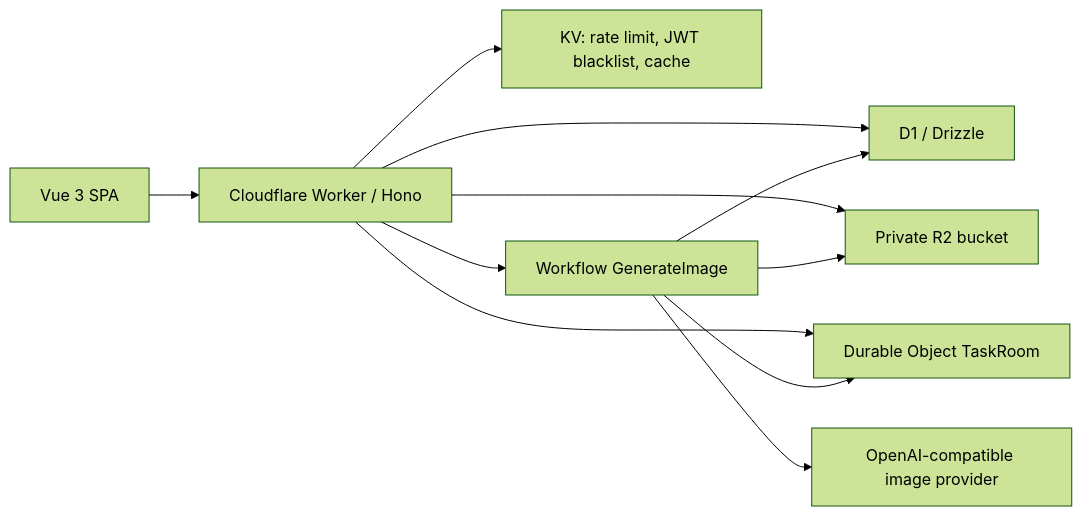
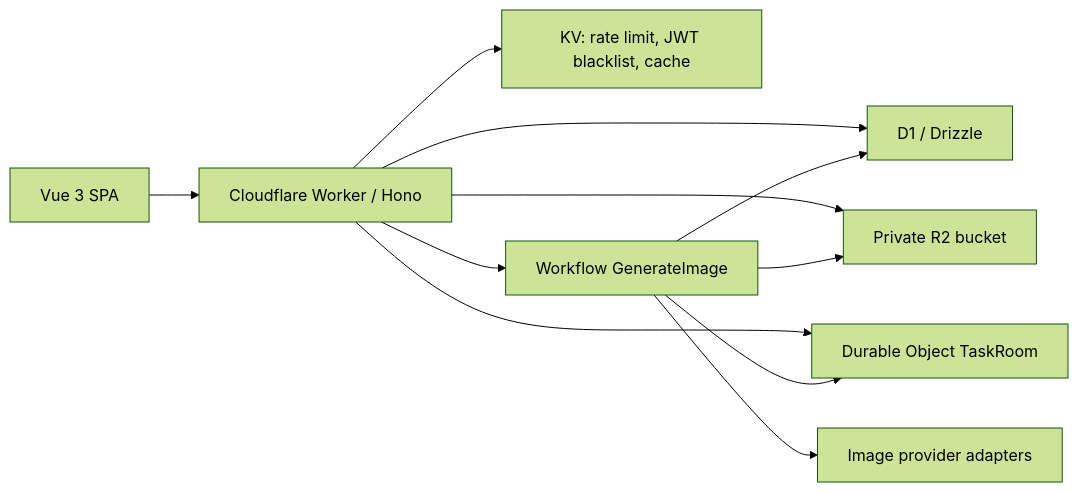
One commit to StormBlue/edge-muse-platform changed the diagram in docs/ARCHITECTURE.md. Above: the diagram before and after it, drawn with Mermaid (forest theme). The commit also changed other lines of this file and 28 other files, not shown here.

````diff
--- a/docs/ARCHITECTURE.md
+++ b/docs/ARCHITECTURE.md
@@ -3,13 +3,13 @@
 ```mermaid
 flowchart LR
   Browser["Vue 3 SPA"] --> Worker["Cloudflare Worker / Hono"]
   Worker --> D1["D1 / Drizzle"]
   Worker --> R2["Private R2 bucket"]
   Worker --> KV["KV: rate limit, JWT blacklist, cache"]
   Worker --> DO["Durable Object TaskRoom"]
   Worker --> WF["Workflow GenerateImage"]
-  WF --> Provider["OpenAI-compatible image provider"]
+  WF --> Provider["Image provider adapters"]
   WF --> R2
   WF --> D1
   WF --> DO
 ```
````
